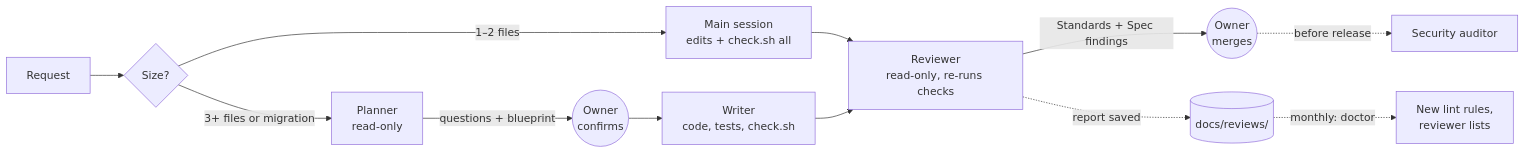
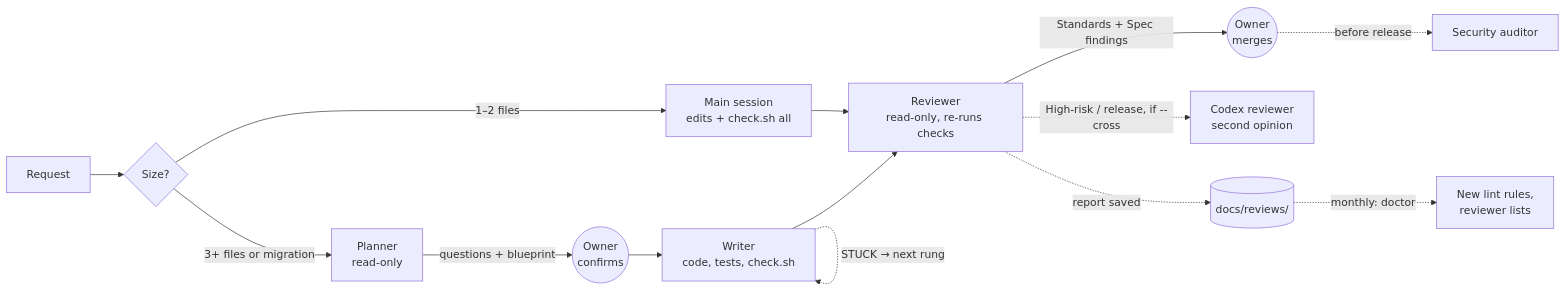
Before and after one commit to sam-pop/claude-code-workflow-kit: the first of 3 diagrams in README.md, drawn with Mermaid. The commit also changed other lines of this file and 29 other files, not shown here.

````diff
--- a/README.md
+++ b/README.md
@@ -66,14 +73,16 @@
 ```mermaid
 flowchart LR
     R[Request] --> S{Size?}
     S -- "1–2 files" --> M[Main session<br/>edits + check.sh all]
     S -- "3+ files or migration" --> P[Planner<br/>read-only]
     P -- "questions + blueprint" --> O((Owner<br/>confirms))
     O --> W[Writer<br/>code, tests, check.sh]
     M --> V[Reviewer<br/>read-only, re-runs checks]
     W --> V
     V -- "Standards + Spec findings" --> H((Owner<br/>merges))
     H -. "before release" .-> A[Security auditor]
+    V -. "High-risk / release, if --cross" .-> X[Codex reviewer<br/>second opinion]
+    W -. "STUCK → next rung" .-> W
     V -. "report saved" .-> L[(docs/reviews/)]
     L -. "monthly: doctor" .-> K[New lint rules,<br/>reviewer lists]
 ```
````
